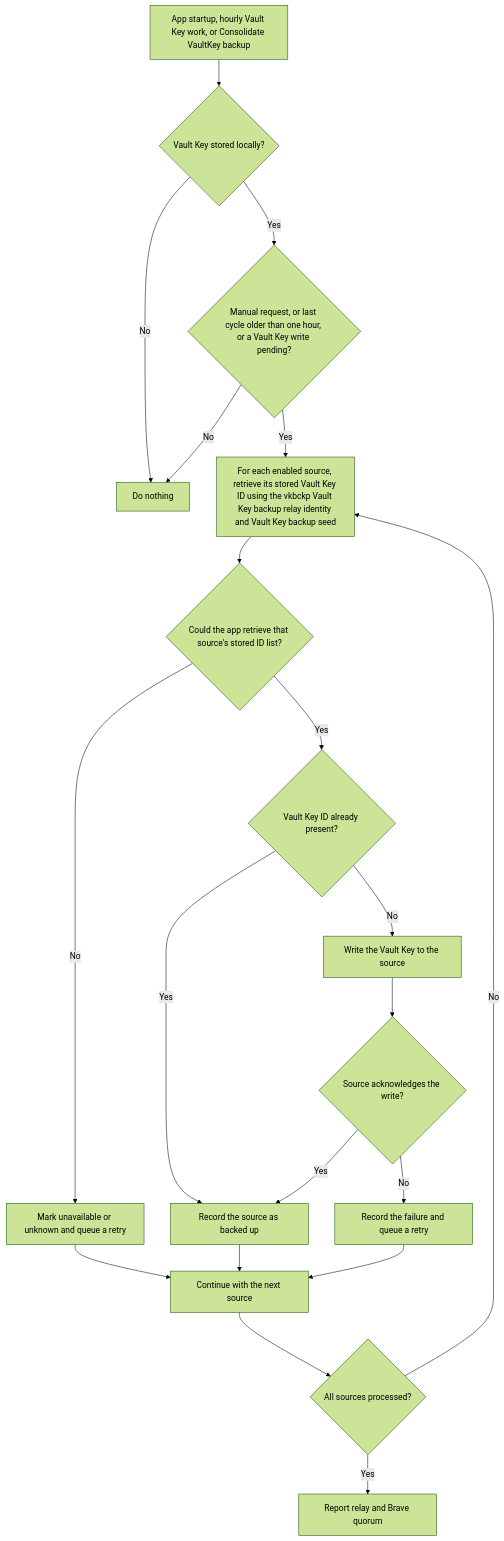
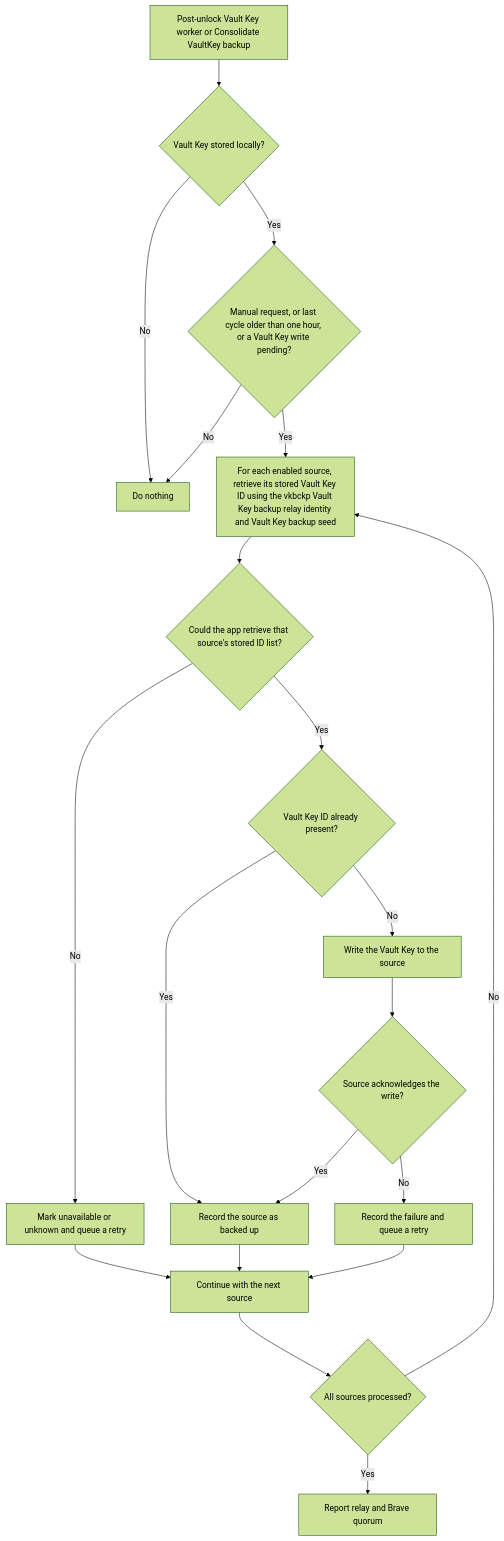
The eighth of 8 diagrams in docs/stakeholder/flowcharts.md (ZenTenApp/vault-kotlin), drawn with Mermaid (forest theme) before and after one commit. The commit also changed other lines of this file and 53 other files, not shown here.

````diff
--- a/docs/stakeholder/flowcharts.md
+++ b/docs/stakeholder/flowcharts.md
@@ -266,22 +271,22 @@
 ```mermaid
 flowchart TD
-    Trigger["App startup, hourly Vault Key work, or Consolidate VaultKey backup"] --> Stored{"Vault Key stored locally?"}
+    Trigger["Post-unlock Vault Key worker or Consolidate VaultKey backup"] --> Stored{"Vault Key stored locally?"}
     Stored -->|No| Skip["Do nothing"]
     Stored -->|Yes| Fresh{"Manual request, or last cycle older than one hour, or a Vault Key write pending?"}
     Fresh -->|No| Skip
     Fresh -->|Yes| Index["For each enabled source, retrieve its stored Vault Key ID using the vkbckp Vault Key backup relay identity and Vault Key backup seed"]
     Index --> IndexOK{"Could the app retrieve that source's stored ID list?"}
     IndexOK -->|No| Unknown["Mark unavailable or unknown and queue a retry"]
     IndexOK -->|Yes| Present{"Vault Key ID already present?"}
     Present -->|Yes| BackedUp["Record the source as backed up"]
     Present -->|No| Write["Write the Vault Key to the source"]
     Write --> WriteOK{"Source acknowledges the write?"}
     WriteOK -->|Yes| BackedUp
     WriteOK -->|No| Failed["Record the failure and queue a retry"]
     Unknown --> Next["Continue with the next source"]
     BackedUp --> Next
     Failed --> Next
     Next --> Complete{"All sources processed?"}
     Complete -->|No| Index
     Complete -->|Yes| Result["Report relay and Brave quorum"]
 ```
````
